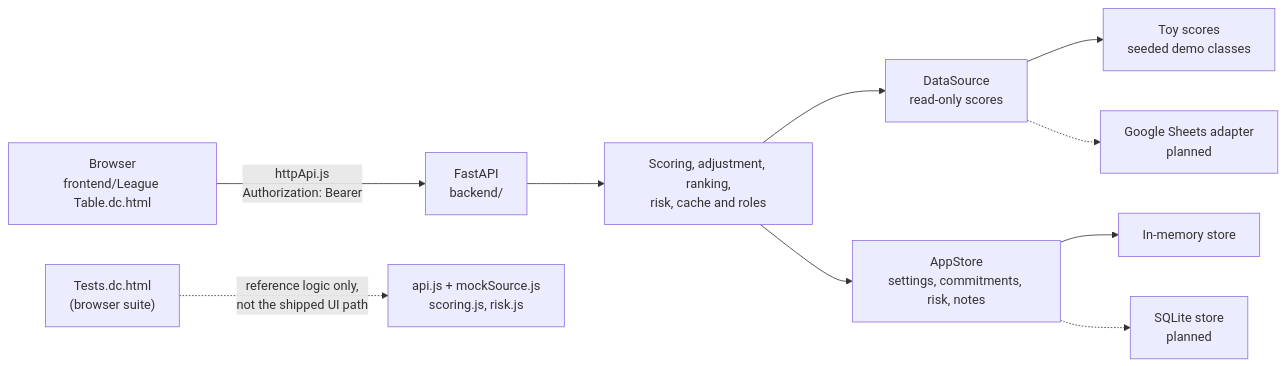
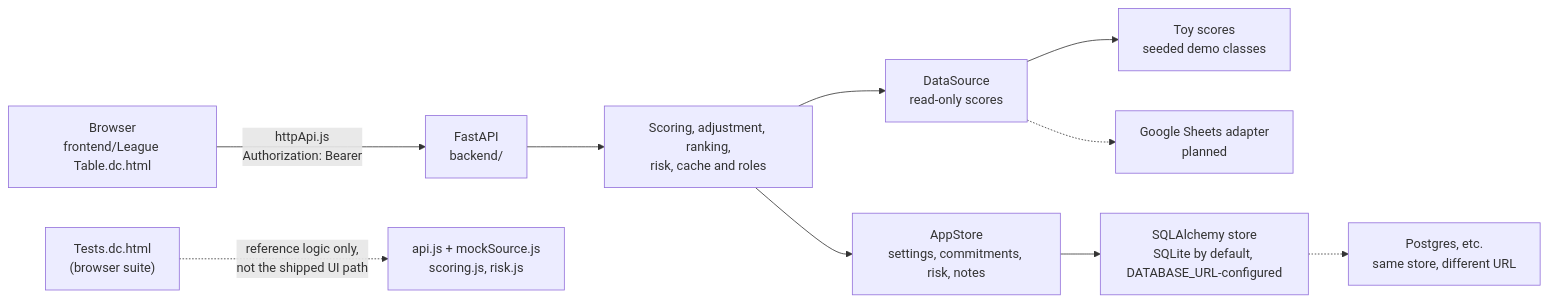
The diagram in README.md (educatorsRlearners/league-table), drawn with Mermaid before and after one commit. The commit also changed other lines of this file and 8 other files, not shown here.

Commit message:
Refactor: Replaced in-memory store with a database

````diff
--- a/README.md
+++ b/README.md
@@ -50,12 +50,12 @@
 ```mermaid
 flowchart LR
   UI["Browser<br/>frontend/League Table.dc.html"] -->|"httpApi.js<br/>Authorization: Bearer"| API["FastAPI<br/>backend/"]
   API --> S["Scoring, adjustment, ranking,<br/>risk, cache and roles"]
   S --> DS["DataSource<br/>read-only scores"]
   S --> AS["AppStore<br/>settings, commitments, risk, notes"]
   DS --> M["Toy scores<br/>seeded demo classes"]
   DS -.-> G["Google Sheets adapter<br/>planned"]
-  AS --> MEM["In-memory store"]
-  AS -.-> SQ["SQLite store<br/>planned"]
+  AS --> SQ["SQLAlchemy store<br/>SQLite by default, DATABASE_URL-configured"]
+  SQ -.-> PG["Postgres, etc.<br/>same store, different URL"]
   TESTS["Tests.dc.html<br/>(browser suite)"] -.->|"reference logic only,<br/>not the shipped UI path"| MOCK["api.js + mockSource.js<br/>scoring.js, risk.js"]
 ```
````
